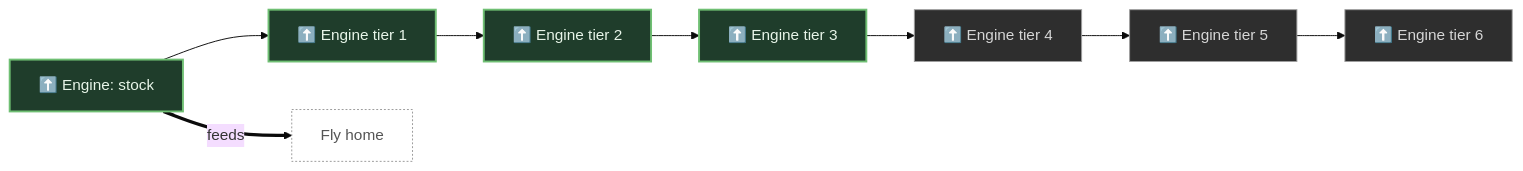
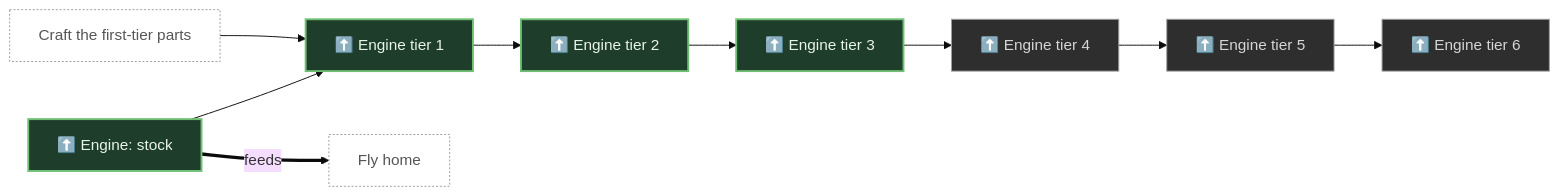
One commit to pkeppeler/deepcharter changed the sixth of 30 diagrams in docs/FEATURE-MAP.md. Above: the diagram before and after it, drawn with Mermaid (base theme). The commit also changed other lines of this file and 51 other files, not shown here.

Commit message:
Craft tier 1 of a Mole's six stock tracks as units fitted by use (#536)

````diff
--- a/docs/FEATURE-MAP.md
+++ b/docs/FEATURE-MAP.md
@@ -417,26 +427,28 @@
 ```mermaid
 flowchart LR
   n_engine_stock["⬆️ Engine: stock"]
   n_engine_t1["⬆️ Engine tier 1"]
   n_engine_t2["⬆️ Engine tier 2"]
   n_engine_t3["⬆️ Engine tier 3"]
   n_engine_t4["⬆️ Engine tier 4"]
   n_engine_t5["⬆️ Engine tier 5"]
   n_engine_t6["⬆️ Engine tier 6"]
   n_fly_home["Fly home"]
+  n_parts_from_crafting["Craft the first-tier parts"]
   n_engine_stock --> n_engine_t1
   n_engine_stock == feeds ==> n_fly_home
   n_engine_t1 --> n_engine_t2
   n_engine_t2 --> n_engine_t3
   n_engine_t3 --> n_engine_t4
   n_engine_t4 --> n_engine_t5
   n_engine_t5 --> n_engine_t6
+  n_parts_from_crafting --> n_engine_t1
   classDef built fill:#1f3d2b,stroke:#6fbf73,stroke-width:2px,color:#e8f5e9
   classDef progress fill:#4a3a10,stroke:#f0b429,stroke-width:2px,color:#fff3d6
   classDef planned fill:#2e2e2e,stroke:#9e9e9e,stroke-width:1px,color:#d6d6d6
   classDef idea fill:#1a1a1a,stroke:#757575,stroke-width:1px,stroke-dasharray:4 3,color:#a0a0a0
   classDef ext fill:#ffffff,stroke:#999999,stroke-width:1px,stroke-dasharray:2 2,color:#555555
   class n_engine_stock,n_engine_t1,n_engine_t2,n_engine_t3 built
   class n_engine_t4,n_engine_t5,n_engine_t6 planned
-  class n_fly_home ext
+  class n_fly_home,n_parts_from_crafting ext
 ```
````
